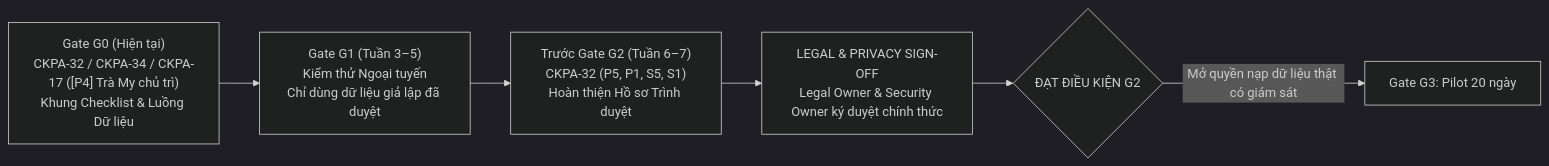
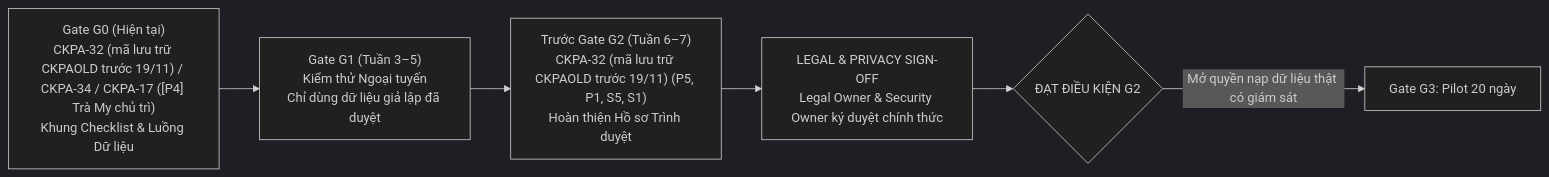
One commit to TranChiKha0395/CRM-Knowledge-and-Policy-Assistant-Purchaser changed the fourth of 4 diagrams in security/g0/legal-privacy-review.md. Above: the diagram before and after it, drawn with Mermaid (dark theme). The commit also changed other lines of this file and 4 other files, not shown here.

Commit message:
fix(sec): resolve P3 review SoD S3/S4, roles P3/S2/S5, CKPAOLD notes & Option O1 [CKPA-11,17,19,34]

````diff
--- a/security/g0/legal-privacy-review.md
+++ b/security/g0/legal-privacy-review.md
@@ -289,8 +289,8 @@
 ```mermaid
 flowchart LR
-    G0["Gate G0 (Hiện tại)<br>CKPA-32 / CKPA-34 / CKPA-17 ([P4] Trà My chủ trì)<br>Khung Checklist & Luồng Dữ liệu"] --> G1["Gate G1 (Tuần 3–5)<br>Kiểm thử Ngoại tuyến<br>Chỉ dùng dữ liệu giả lập đã duyệt"]
-    G1 --> G2_PRE["Trước Gate G2 (Tuần 6–7)<br>CKPA-32 (P5, P1, S5, S1)<br>Hoàn thiện Hồ sơ Trình duyệt"]
+    G0["Gate G0 (Hiện tại)<br>CKPA-32 (mã lưu trữ CKPAOLD trước 19/11) / CKPA-34 / CKPA-17 ([P4] Trà My chủ trì)<br>Khung Checklist & Luồng Dữ liệu"] --> G1["Gate G1 (Tuần 3–5)<br>Kiểm thử Ngoại tuyến<br>Chỉ dùng dữ liệu giả lập đã duyệt"]
+    G1 --> G2_PRE["Trước Gate G2 (Tuần 6–7)<br>CKPA-32 (mã lưu trữ CKPAOLD trước 19/11) (P5, P1, S5, S1)<br>Hoàn thiện Hồ sơ Trình duyệt"]
     G2_PRE --> SIGN["LEGAL & PRIVACY SIGN-OFF<br>Legal Owner & Security Owner ký duyệt chính thức"]
     SIGN --> G2_PASS{"ĐẠT ĐIỀU KIỆN G2"}
     G2_PASS -->|"Mở quyền nạp dữ liệu thật có giám sát"| G3["Gate G3: Pilot 20 ngày"]
 ```
````
